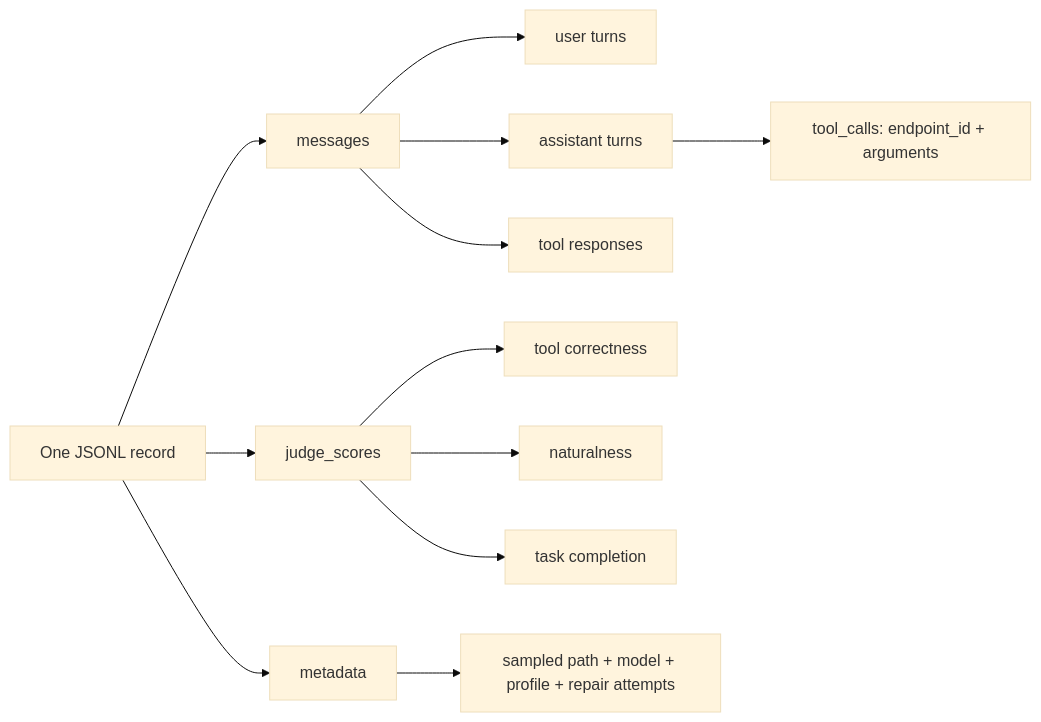
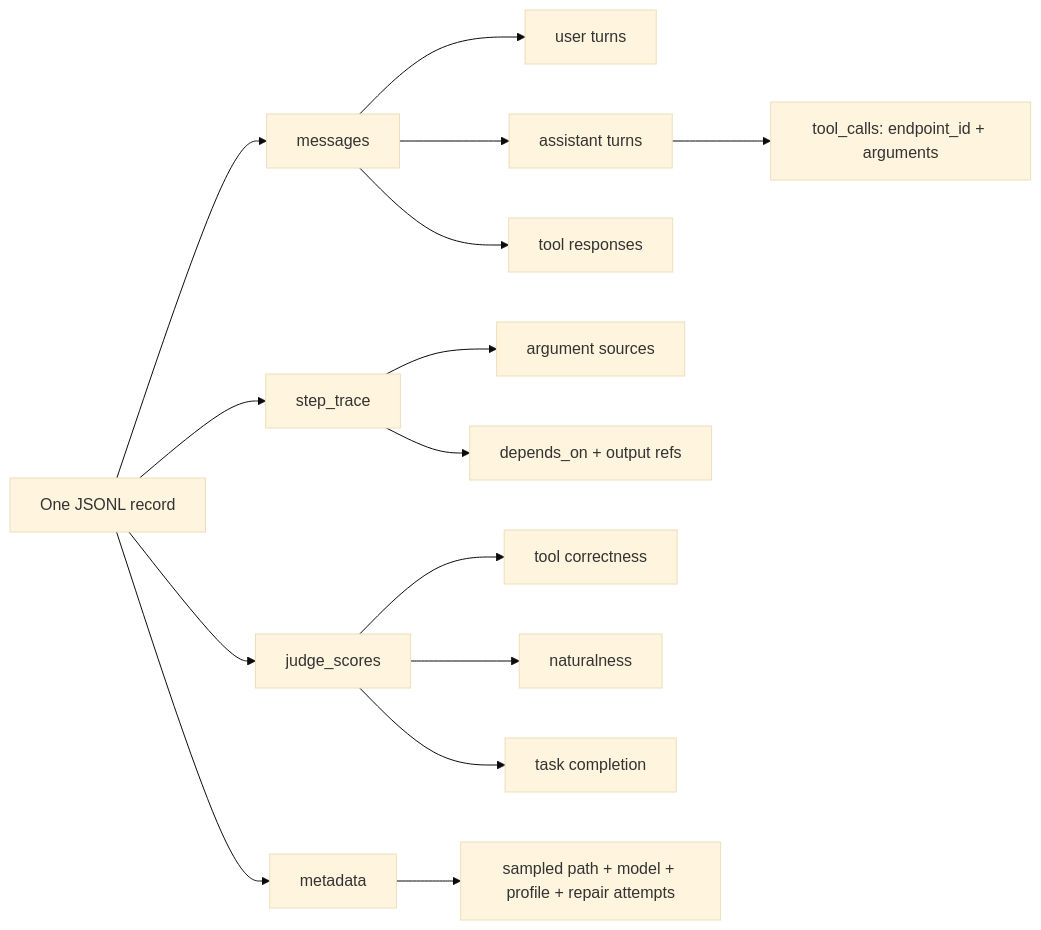
Before and after one commit to manastokale/sap_multiagent_tool: the fourth of 5 diagrams in README.md, drawn with Mermaid (base theme). The commit also changed other lines of this file and 20 other files, not shown here.

````diff
--- a/README.md
+++ b/README.md
@@ -219,14 +275,17 @@
 ```mermaid
 flowchart LR
     R["One JSONL record"] --> M["messages"]
+    R --> ST["step_trace"]
     R --> S["judge_scores"]
     R --> MD["metadata"]
     M --> U["user turns"]
     M --> A["assistant turns"]
     M --> T["tool responses"]
     A --> C["tool_calls: endpoint_id + arguments"]
+    ST --> AS["argument sources"]
+    ST --> D["depends_on + output refs"]
     S --> TC["tool correctness"]
     S --> N["naturalness"]
     S --> G["task completion"]
     MD --> P["sampled path + model + profile + repair attempts"]
 ```
````
